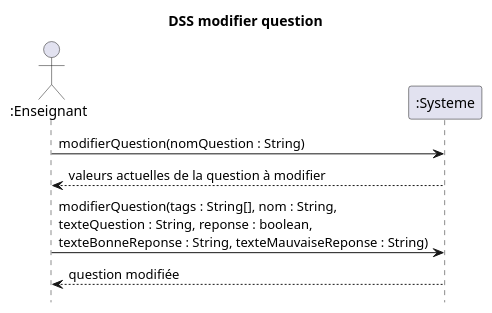
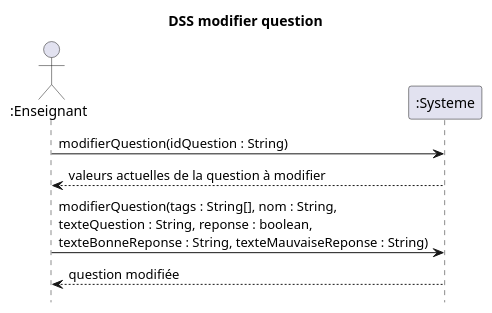
One commit to nerdz88/SGA-TS changed the diagram in docs/DSS/DSS_Modifier_Question.puml. Above: the diagram before and after it, drawn with PlantUML. The commit also changed 12 other files, not shown here.

```diff
--- a/docs/DSS/DSS_Modifier_Question.puml
+++ b/docs/DSS/DSS_Modifier_Question.puml
@@ -1,11 +1,11 @@
 @startuml DSS_Modifier_Question
 title DSS modifier question
 hide footbox
 actor ":Enseignant" as prof
 participant ":Systeme" as sys
 
-prof -> sys : modifierQuestion(nomQuestion : String)
+prof -> sys : modifierQuestion(idQuestion : String)
 sys --> prof : valeurs actuelles de la question à modifier
 prof -> sys : modifierQuestion(tags : String[], nom : String, \ntexteQuestion : String, reponse : boolean,\ntexteBonneReponse : String, texteMauvaiseReponse : String)
 sys --> prof : question modifiée
 @enduml
```
